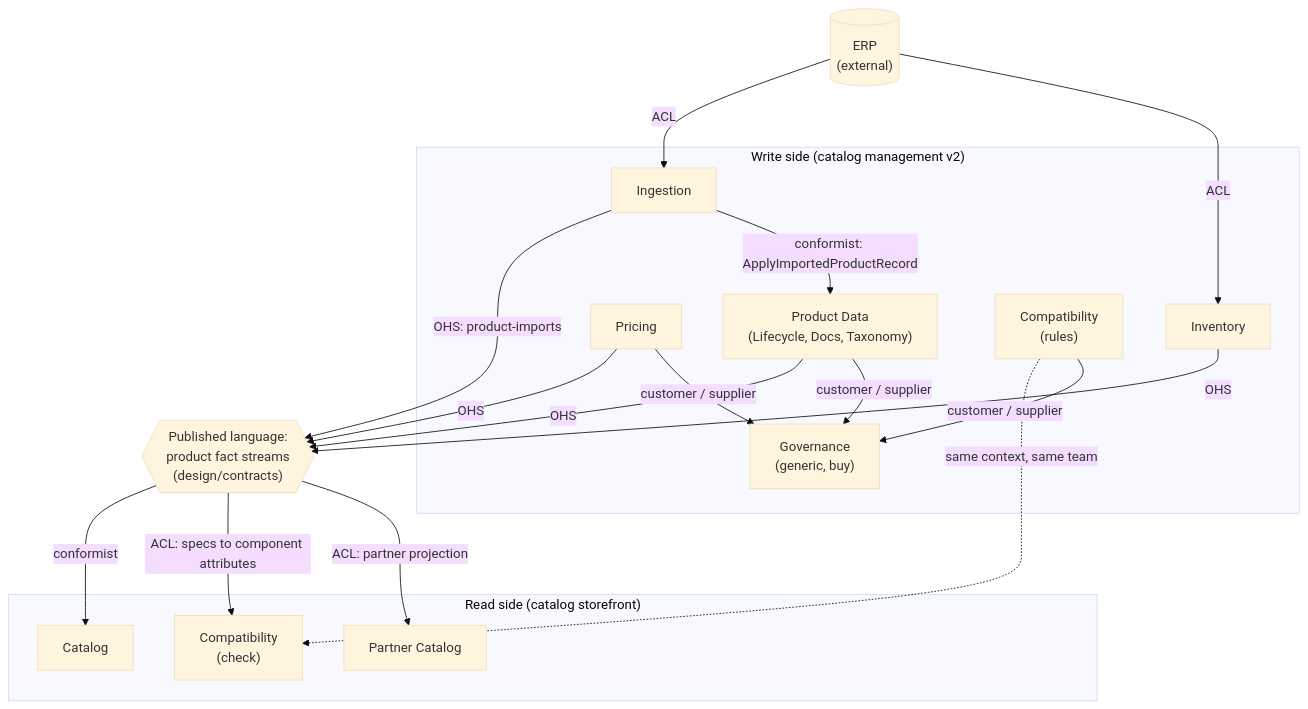
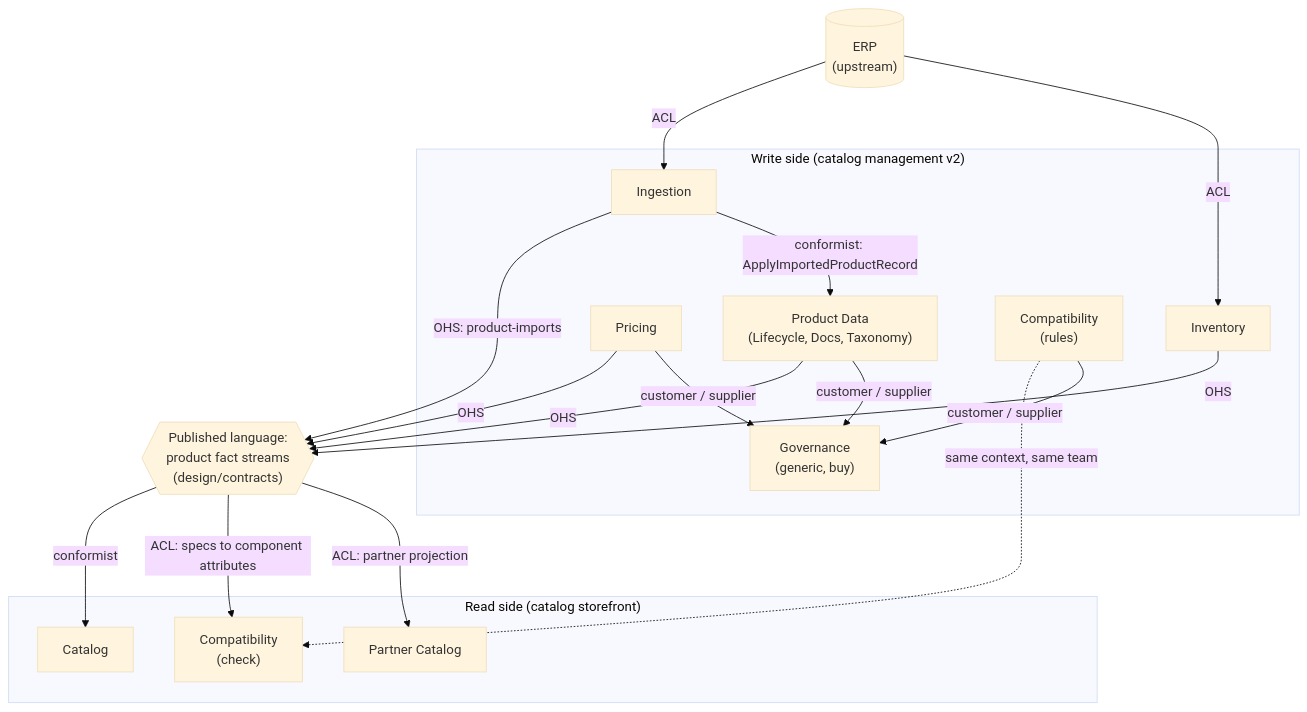
The diagram in design/strategy/architecture-for-flow/subdomains-and-contexts.md (cjjohansen/drone-web), drawn with Mermaid (base theme) before and after one commit. The commit also changed other lines of this file and 16 other files, not shown here.

````diff
--- a/design/strategy/architecture-for-flow/subdomains-and-contexts.md
+++ b/design/strategy/architecture-for-flow/subdomains-and-contexts.md
@@ -78,33 +78,33 @@
 ```mermaid
 flowchart TB
   subgraph write["Write side (catalog management v2)"]
     PD["Product Data<br/>(Lifecycle, Docs, Taxonomy)"]
     PR["Pricing"]
     INV["Inventory"]
     CR["Compatibility<br/>(rules)"]
     GOV["Governance<br/>(generic, buy)"]
     ING["Ingestion"]
   end
   subgraph read["Read side (catalog storefront)"]
     CAT["Catalog"]
     CC["Compatibility<br/>(check)"]
     PC["Partner Catalog"]
   end
-  ERP[("ERP<br/>(external)")]
+  ERP[("ERP<br/>(upstream)")]
   PL{{"Published language:<br/>product fact streams<br/>(design/contracts)"}}
 
   PD -- "OHS" --> PL
   PR -- "OHS" --> PL
   INV -- "OHS" --> PL
   ING -- "OHS: product-imports" --> PL
   PL -- "conformist" --> CAT
   PL -- "ACL: specs to component attributes" --> CC
   PL -- "ACL: partner projection" --> PC
   CR -. "same context, same team" .-> CC
   PR -- "customer / supplier" --> GOV
   CR -- "customer / supplier" --> GOV
   PD -- "customer / supplier" --> GOV
   ING -- "conformist: ApplyImportedProductRecord" --> PD
   ERP -- "ACL" --> ING
   ERP -- "ACL" --> INV
 ```
````
